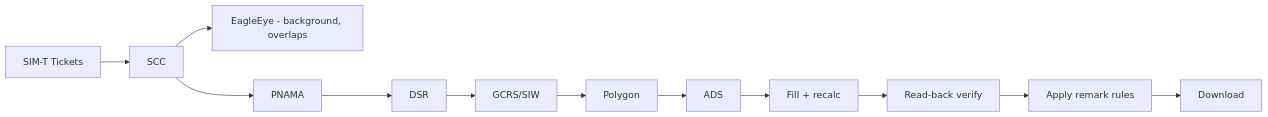
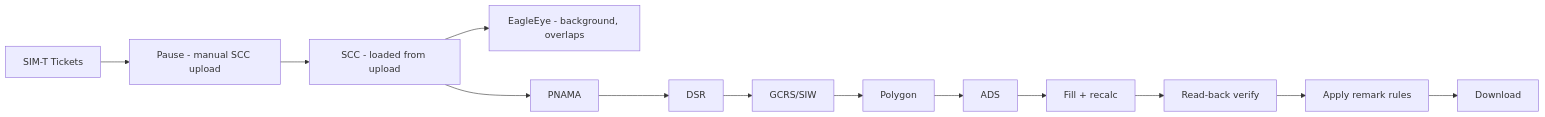
Before and after one commit to debashiskbrj/Kiro-OOJ-Automation: the second of 5 diagrams in Docs/SOP-OOJ-Automation.md, drawn with Mermaid. The commit also changed other lines of this file and 14 other files, not shown here.

First line of the commit message:
docs: Update README and Docs to the current manual-SCC flow

````diff
--- a/Docs/SOP-OOJ-Automation.md
+++ b/Docs/SOP-OOJ-Automation.md
@@ -133,14 +147,15 @@
 ```mermaid
 flowchart LR
-    T["SIM-T Tickets"] --> SCC["SCC"]
+    T["SIM-T Tickets"] --> PAUSE["Pause - manual SCC upload"]
+    PAUSE --> SCC["SCC - loaded from upload"]
     SCC --> EE["EagleEye - background, overlaps"]
     SCC --> PN["PNAMA"]
     PN --> DSR["DSR"]
     DSR --> GC["GCRS/SIW"]
     GC --> PG["Polygon"]
     PG --> ADS["ADS"]
     ADS --> FL["Fill + recalc"]
     FL --> RB["Read-back verify"]
     RB --> RM["Apply remark rules"]
     RM --> DL["Download"]
 ```
````
